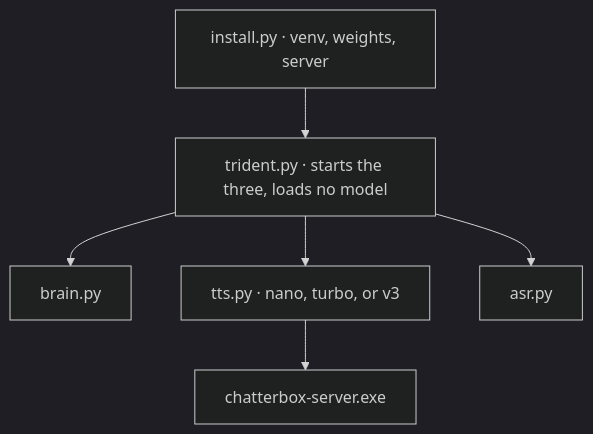
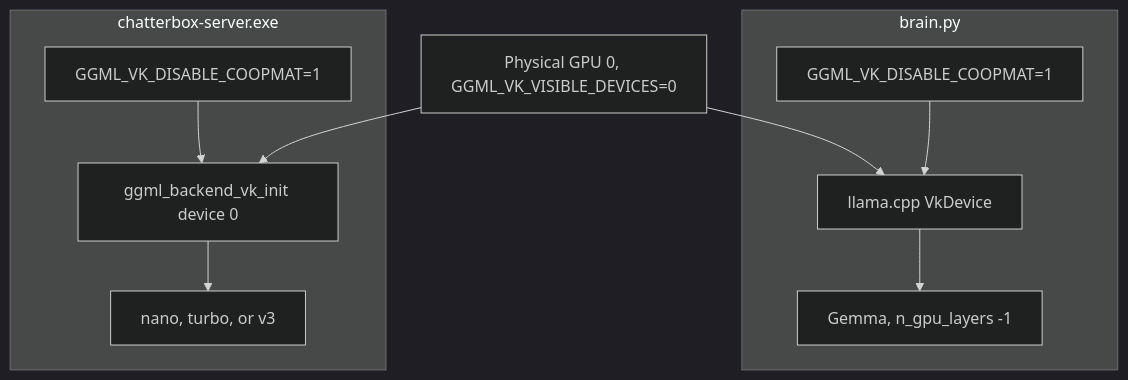
One commit to wgabrys88/Trident changed the sixth of 6 diagrams in README.md. Above: the diagram before and after it, drawn with Mermaid (dark theme). The commit also changed other lines of this file, not shown here.

````diff
--- a/README.md
+++ b/README.md
@@ -84,10 +661,18 @@
 ```mermaid
 flowchart TB
-  trident["trident.py · starts the three, loads no model"]
-  trident --> brainPy["brain.py"]
-  trident --> ttsPy["tts.py · nano, turbo, or v3"]
-  trident --> asrPy["asr.py"]
-  ttsPy --> server["chatterbox-server.exe"]
-  install["install.py · venv, weights, server"]
-  install --> trident
+  gpu["Physical GPU 0, GGML_VK_VISIBLE_DEVICES=0"]
+  subgraph brainProc ["brain.py"]
+    coop1["GGML_VK_DISABLE_COOPMAT=1"]
+    dev1["llama.cpp VkDevice"]
+    gemma["Gemma, n_gpu_layers -1"]
+    coop1 --> dev1 --> gemma
+  end
+  subgraph mouthProc ["chatterbox-server.exe"]
+    coop2["GGML_VK_DISABLE_COOPMAT=1"]
+    dev2["ggml_backend_vk_init device 0"]
+    voice["nano, turbo, or v3"]
+    coop2 --> dev2 --> voice
+  end
+  gpu --> dev1
+  gpu --> dev2
 ```
````
